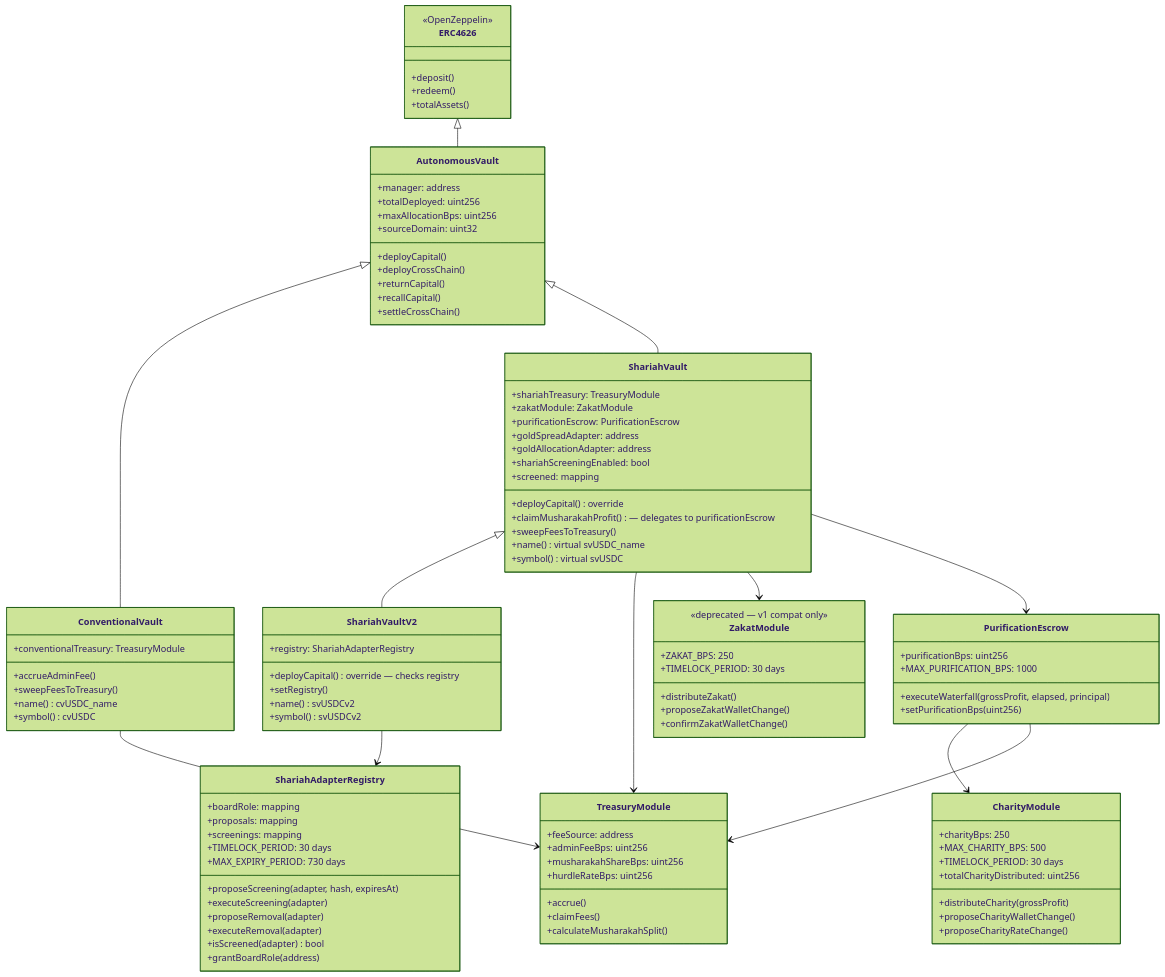
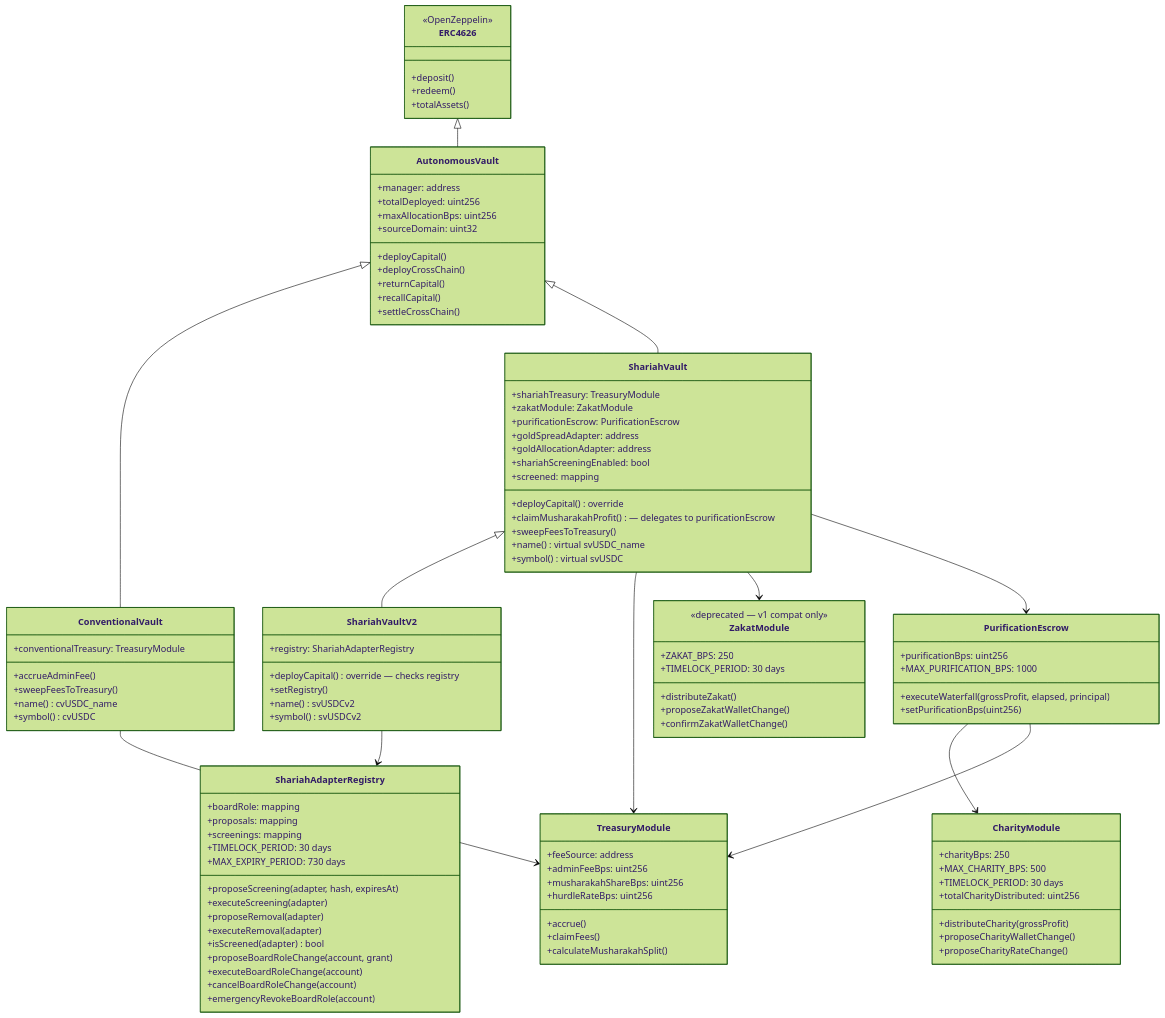
Before and after one commit to 0xhaz/DefiVault-Finance: the second of 10 diagrams in README.md, drawn with Mermaid (forest theme). The commit also changed other lines of this file and 52 other files, not shown here.

```diff
--- a/README.md
+++ b/README.md
@@ -197,7 +201,10 @@
         +proposeRemoval(adapter)
         +executeRemoval(adapter)
         +isScreened(adapter) bool
-        +grantBoardRole(address)
+        +proposeBoardRoleChange(account, grant)
+        +executeBoardRoleChange(account)
+        +cancelBoardRoleChange(account)
+        +emergencyRevokeBoardRole(account)
     }
 
     class TreasuryModule {
```
